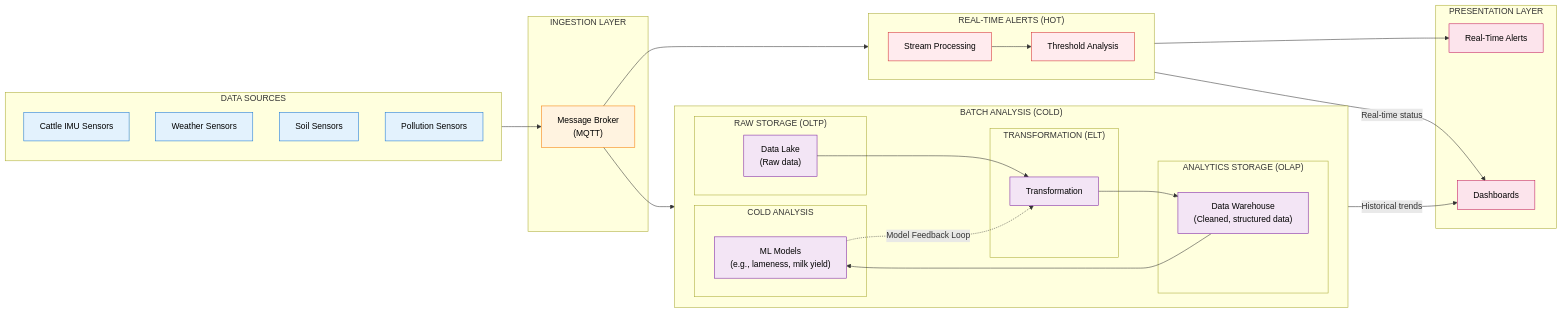
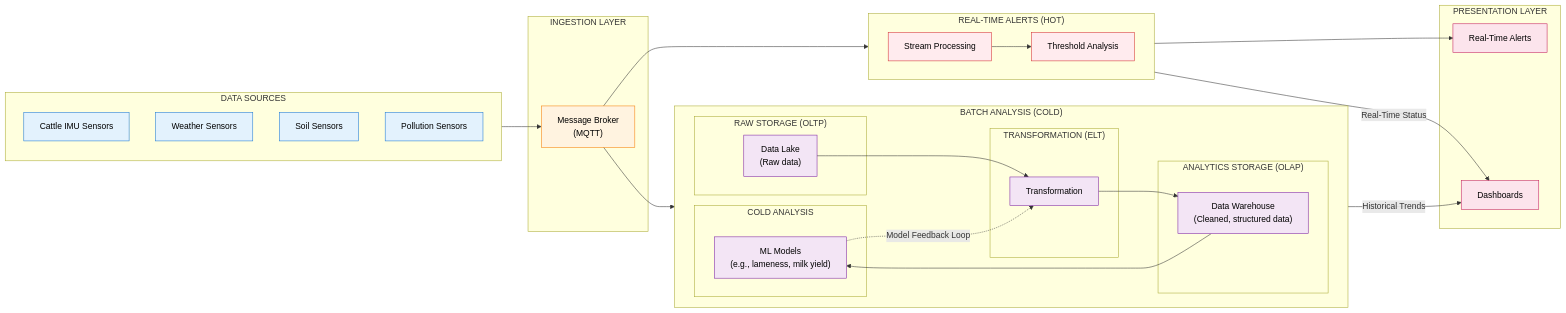
The first of 2 diagrams in docs/architecture-diagrams.md (aydanthompson/smart-agrifarming-is), drawn with Mermaid before and after one commit.

Commit message:
Fixed label capitalisation

````diff
--- a/docs/architecture-diagrams.md
+++ b/docs/architecture-diagrams.md
@@ -5,65 +5,65 @@
 ```mermaid
 flowchart LR
     subgraph sources["DATA SOURCES"]
         cattle[Cattle IMU Sensors]
         weather[Weather Sensors]
         soil[Soil Sensors]
         pollution[Pollution Sensors]
     end
 
     subgraph ingestion["INGESTION LAYER"]
         broker["Message Broker<br>(MQTT)"]
     end
 
     subgraph cold_path["BATCH ANALYSIS (COLD)"]
         direction LR
         subgraph raw["RAW STORAGE (OLTP)"]
             lake["Data Lake<br>(Raw data)"]
         end
 
         subgraph transform["TRANSFORMATION (ELT)"]
             etl["Transformation"]
         end
 
         subgraph warehouse["ANALYTICS STORAGE (OLAP)"]
             dw["Data Warehouse<br>(Cleaned, structured data)"]
         end
 
         subgraph analytics["COLD ANALYSIS"]
             ml["ML Models<br>(e.g., lameness, milk yield)"]
         end
 
         lake --> etl --> dw --> ml
         ml -.->|"Model Feedback Loop"| etl
     end
 
     subgraph hot_path["REAL-TIME ALERTS (HOT)"]
         direction LR
         stream_proc["Stream Processing"]
         alerts["Threshold Analysis"]
     end
 
     subgraph presentation["PRESENTATION LAYER"]
         dash["Dashboards"]
         realtime_alert["Real-Time Alerts"]
     end
 
     sources --> broker
     broker --> lake
     broker --> stream_proc
     stream_proc --> alerts --> realtime_alert
-    stream_proc -->|"Real-time status"| dash
-    dw -->|"Historical trends"|dash
+    stream_proc -->|"Real-Time Status"| dash
+    dw -->|"Historical Trends"|dash
 
     classDef sourceStyle fill:#e3f2fd,stroke:#1976d2,color:#000
     classDef ingestStyle fill:#fff3e0,stroke:#f57c00,color:#000
     classDef coldStyle fill:#f3e5f5,stroke:#7b1fa2,color:#000
     classDef hotStyle fill:#ffebee,stroke:#d32f2f,color:#000
     classDef presentStyle fill:#fce4ec,stroke:#c2185b,color:#000
 
     class cattle,weather,soil,pollution sourceStyle
     class broker ingestStyle
     class lake,etl,dw,ml coldStyle
     class stream_proc,alerts hotStyle
     class dash,realtime_alert presentStyle
 ```
````
